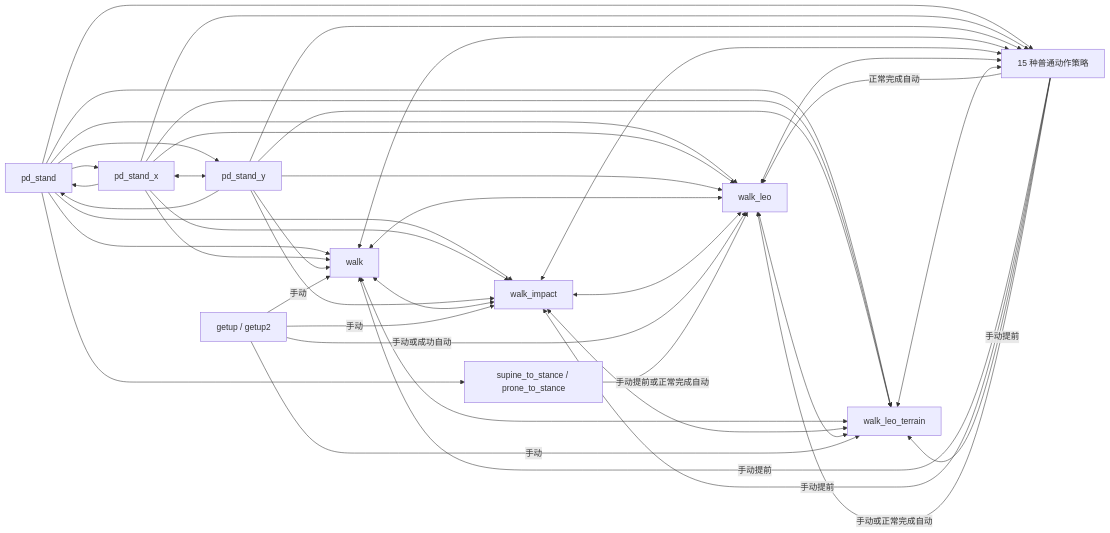
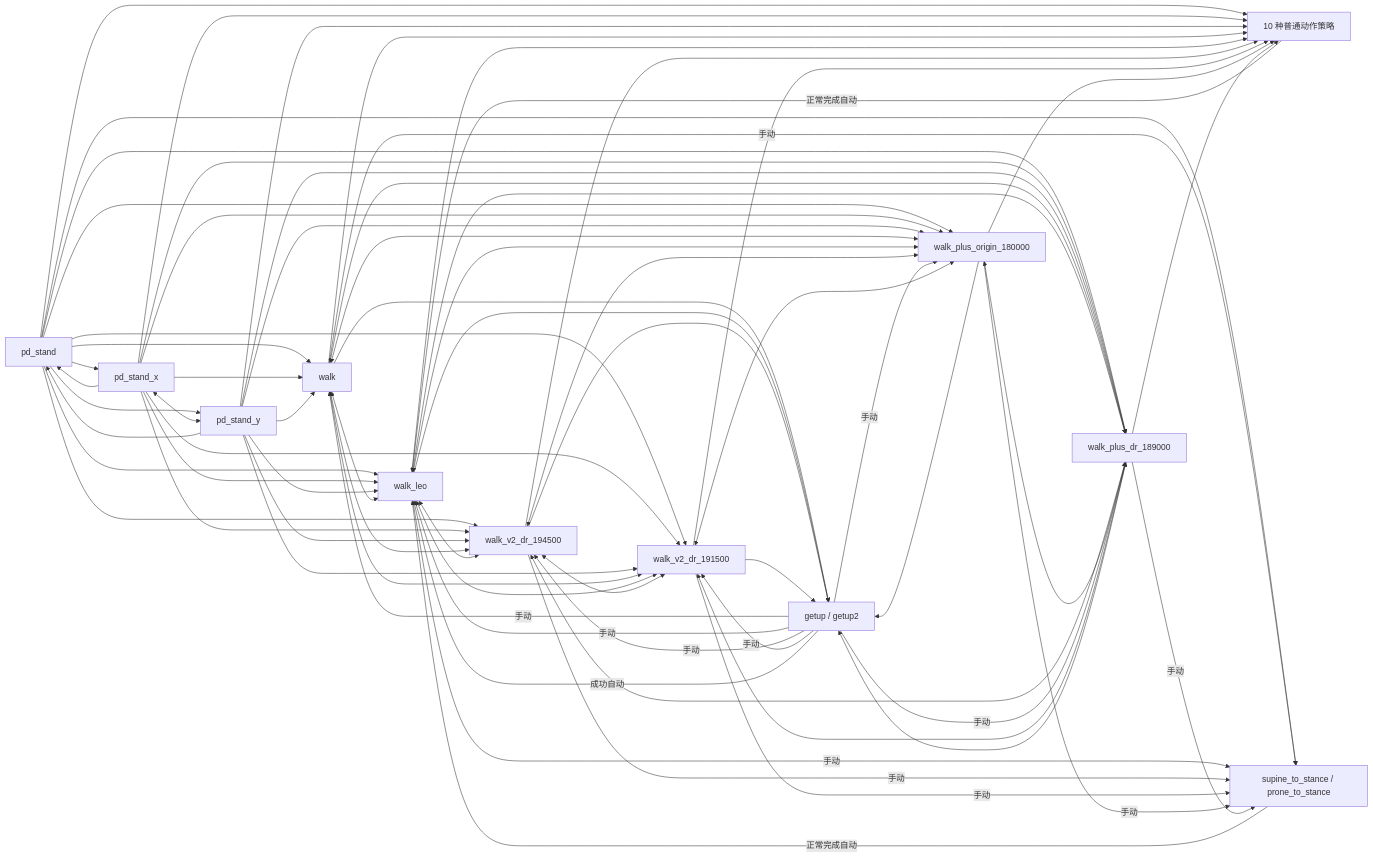
One commit to weishuai-oos/engineai_robotics_native_sdk changed the diagram in docs/t800_motion_transition.md. Above: the diagram before and after it, drawn with Mermaid. The commit also changed other lines of this file and 217 other files, not shown here.

````diff
--- a/docs/t800_motion_transition.md
+++ b/docs/t800_motion_transition.md
@@ -60,57 +57,84 @@
 flowchart LR
   PD[pd_stand]
   W1[walk]
-  W2[walk_impact]
-  W3[walk_leo]
-  W4[walk_leo_terrain]
+  W2[walk_leo]
+  W3[walk_v2_dr_194500]
+  W6[walk_v2_dr_191500]
+  W4[walk_plus_origin_180000]
+  W5[walk_plus_dr_189000]
   PX[pd_stand_x]
   PY[pd_stand_y]
-  A[15 种普通动作策略]
+  A[10 种普通动作策略]
   S[supine_to_stance / prone_to_stance]
   G[getup / getup2]
 
   PD --> W1
   PD --> W2
   PD --> W3
+  PD --> W6
   PD --> W4
+  PD --> W5
   PD --> A
   PD --> S
   PD --> PX
   PD --> PY
-
   PX <--> PY
   PX --> PD
   PY --> PD
   PX --> W1
   PX --> W2
   PX --> W3
+  PX --> W6
   PX --> W4
+  PX --> W5
   PX --> A
   PY --> W1
   PY --> W2
   PY --> W3
+  PY --> W6
   PY --> W4
+  PY --> W5
   PY --> A
-
   W1 <--> W2
   W1 <--> W3
+  W1 <--> W6
   W1 <--> W4
+  W1 <--> W5
   W2 <--> W3
+  W2 <--> W6
   W2 <--> W4
+  W2 <--> W5
+  W3 <--> W6
   W3 <--> W4
-  W1 <--> A
-  W2 <--> A
-  W3 <--> A
-  W4 <--> A
-
+  W3 <--> W5
+  W4 <--> W6
+  W4 <--> W5
+  W5 <--> W6
+  W1 --> A
+  W2 --> A
+  W3 --> A
+  W6 --> A
+  W4 --> A
+  W5 --> A
+  W1 --> G
+  W2 --> G
+  W3 --> G
+  W6 --> G
+  W4 --> G
+  W5 --> G
+  W1 -->|手动| S
+  W2 -->|手动| S
+  W3 -->|手动| S
+  W6 -->|手动| S
+  W4 -->|手动| S
+  W5 -->|手动| S
   G -->|手动| W1
   G -->|手动| W2
+  G -->|手动| W3
+  G -->|手动| W6
   G -->|手动| W4
-  G -->|手动或成功自动| W3
-  A -->|正常完成自动| W3
-  S -->|手动提前或正常完成自动| W3
-  A -->|手动提前| W1
-  A -->|手动提前| W2
-  A -->|手动提前| W4
-  A -->|手动或正常完成自动| W3
+  G -->|手动| W5
+  G -->|成功自动| W2
+  A -->|正常完成自动| W2
+  S -->|正常完成自动| W2
 ```
````
